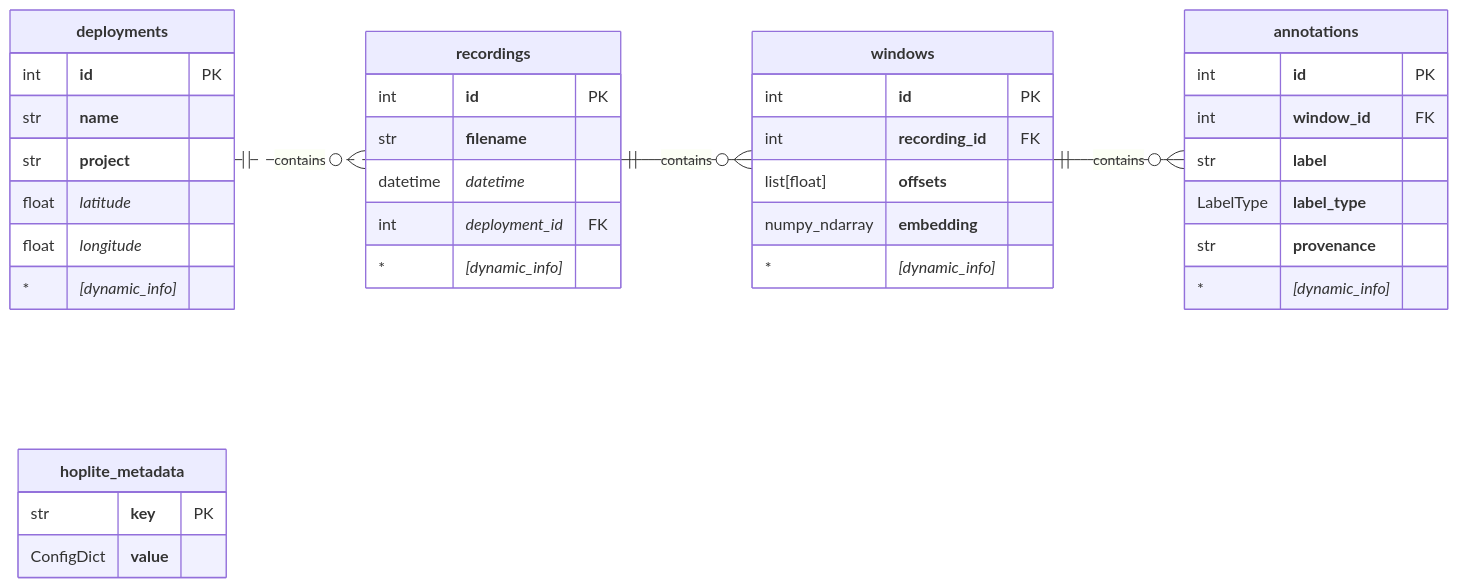
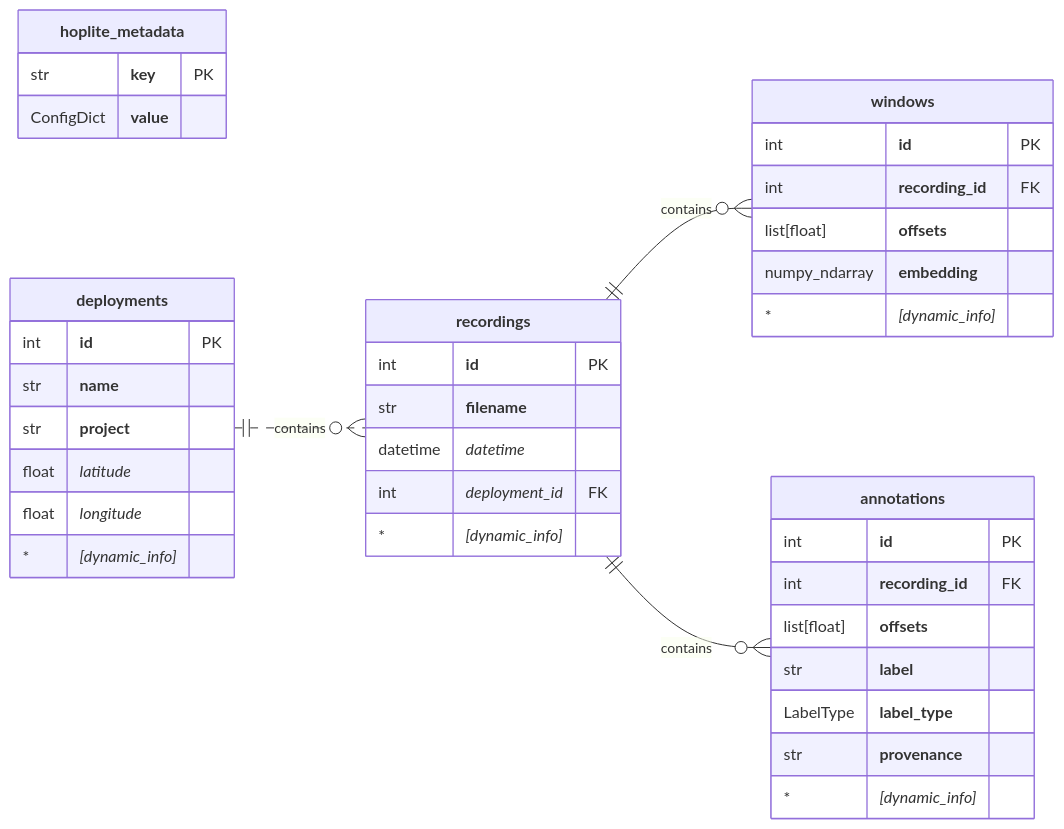
One commit to google-research/perch-hoplite changed the diagram in perch_hoplite/db/README.md. Above: the diagram before and after it, drawn with Mermaid. The commit also changed other lines of this file and 15 other files, not shown here.

Commit message:
Link annotations to the recordings table (instead of the windows table)

````diff
--- a/perch_hoplite/db/README.md
+++ b/perch_hoplite/db/README.md
@@ -40,41 +40,48 @@
 ```mermaid
 erDiagram
     direction LR
+
+    __hoplite_metadata__ {
+        str __key__ PK
+        ConfigDict __value__
+    }
+
     __deployments__ {
         int __id__ PK
         str __name__
         str __project__
         float _latitude_
         float _longitude_
         * _[dynamic_info]_
     }
+
     __recordings__ {
         int __id__ PK
         str __filename__
         datetime _datetime_
         int _deployment_id_ FK
         * _[dynamic_info]_
     }
+
     __windows__ {
         int __id__ PK
         int __recording_id__ FK
         list[float] __offsets__
         numpy_ndarray __embedding__
         * _[dynamic_info]_
     }
+
     __annotations__ {
         int __id__ PK
-        int __window_id__ FK
+        int __recording_id__ FK
+        list[float] __offsets__
         str __label__
         LabelType __label_type__
         str __provenance__
         * _[dynamic_info]_
     }
-    __hoplite_metadata__ {
-        str __key__ PK
-        ConfigDict __value__
-    }
+
     __deployments__ one optionally to zero or more __recordings__  : contains
     __recordings__ one to zero or more __windows__ : contains
-    __windows__ one to zero or more __annotations__ : contains
+    __recordings__ one to zero or more __annotations__ : contains
 ```
````
